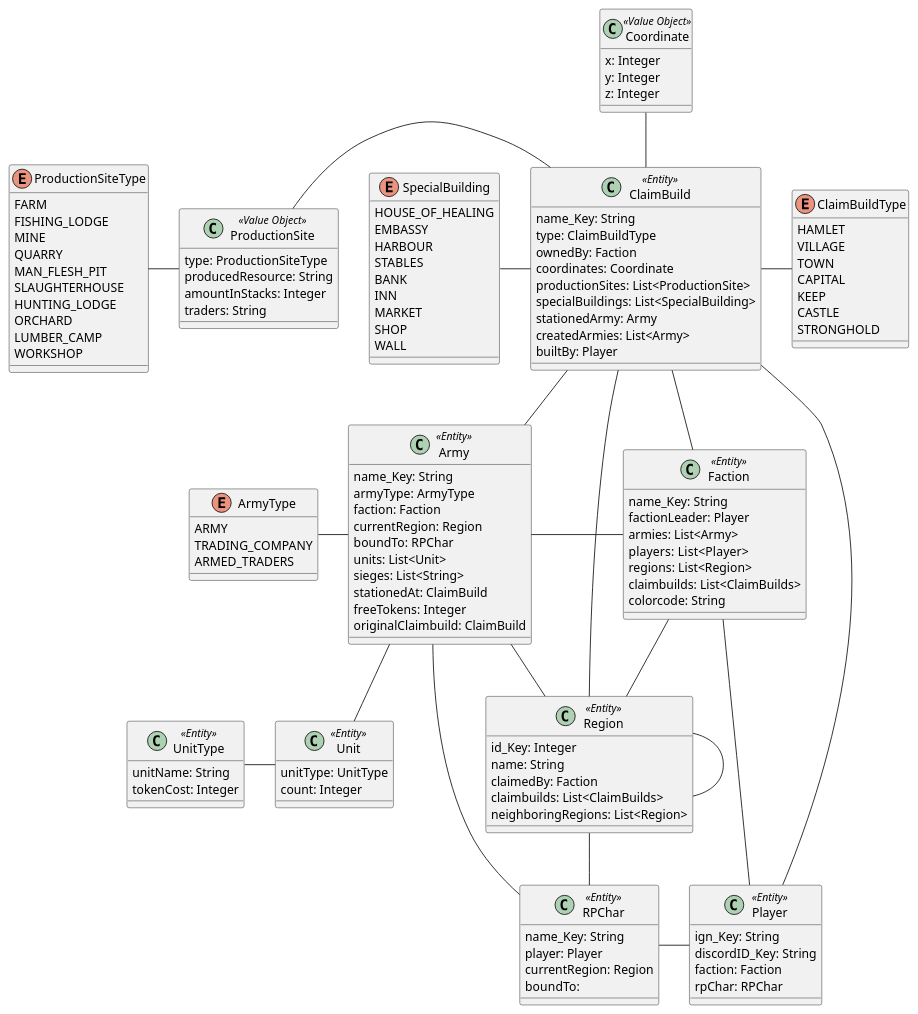
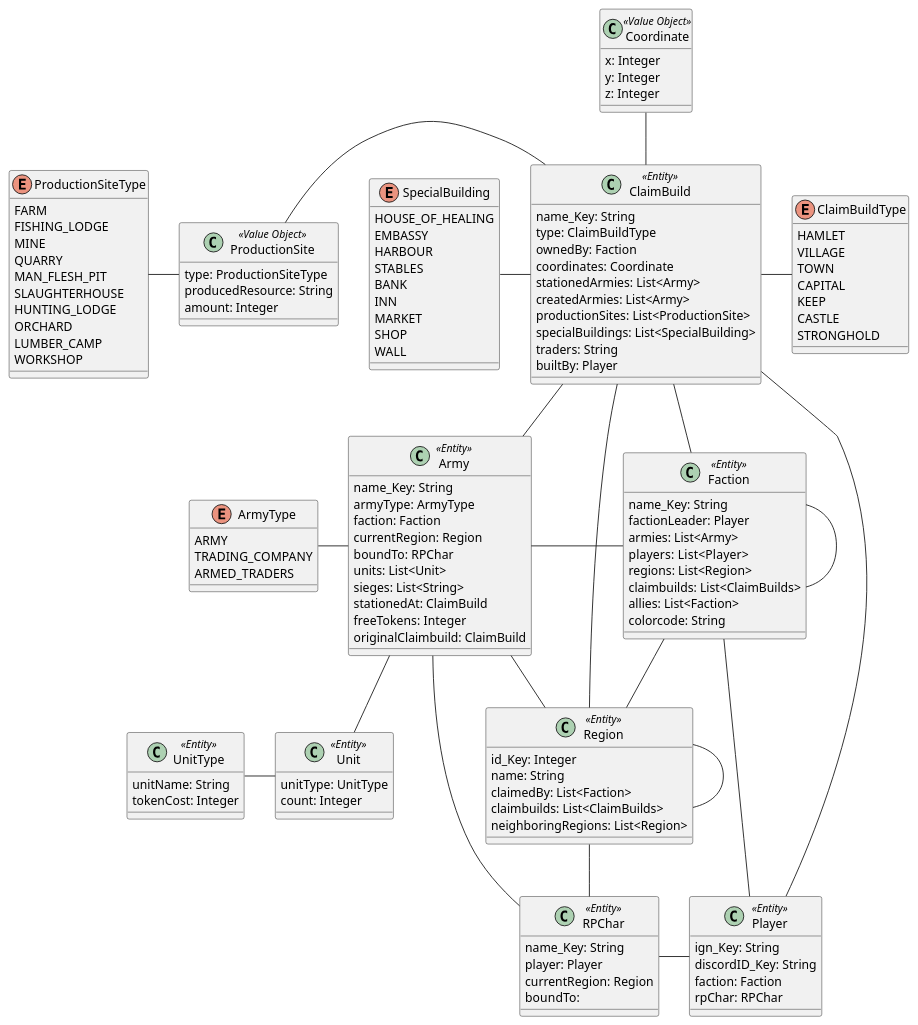
One commit to Team-KekX/Ardas-Legends-App changed the diagram in ALRoleplaySystem/src/main/java/puml/ArdasLegendsDomain.puml. Above: the diagram before and after it, drawn with PlantUML.

Commit message:
Made changes in domain model
	- removed traders attribute in ProductionSite as it was
	  unneccessary
	- Made stationedArmies a list
	- Faction now has an allies attribute
	- Made claimedBy attribute in Regions a list
	- Added datatype for boundTo attribute in RPChar

```diff
--- a/ALRoleplaySystem/src/main/java/puml/ArdasLegendsDomain.puml
+++ b/ALRoleplaySystem/src/main/java/puml/ArdasLegendsDomain.puml
@@ -1,153 +1,155 @@
 @startuml
 class Region <<Entity>> {
     id_Key: Integer
     name: String
-    claimedBy: Faction
+    claimedBy: List<Faction>
     claimbuilds: List<ClaimBuilds>
     neighboringRegions: List<Region>
 }
 
 class ClaimBuild <<Entity>> {
     name_Key: String
     type: ClaimBuildType
     ownedBy: Faction
     coordinates: Coordinate
+    stationedArmies: List<Army>
+    createdArmies: List<Army>
     productionSites: List<ProductionSite>
     specialBuildings: List<SpecialBuilding>
-    stationedArmy: Army
-    createdArmies: List<Army>
+    traders: String
     builtBy: Player
 }
 
 enum ClaimBuildType {
     HAMLET
     VILLAGE
     TOWN
     CAPITAL
     KEEP
     CASTLE
     STRONGHOLD
 }
 
 class Faction <<Entity>> {
     name_Key: String
     factionLeader: Player
     armies: List<Army>
     players:  List<Player>
     regions: List<Region>
     claimbuilds: List<ClaimBuilds>
+    allies: List<Faction>
     colorcode: String
 }
 
 class Player <<Entity>> {
     ign_Key: String
     discordID_Key: String
     faction: Faction
     rpChar: RPChar
 }
 
 class RPChar <<Entity>> {
     name_Key: String
     player: Player
     currentRegion: Region
     boundTo:
 }
 
 class Coordinate <<Value Object>> {
     x: Integer
     y: Integer
     z: Integer
 }
 
 class ProductionSite <<Value Object>> {
     type: ProductionSiteType
     producedResource: String
-    amountInStacks: Integer
-    traders: String
+    amount: Integer
 }
 
 enum ProductionSiteType {
     FARM
     FISHING_LODGE
     MINE
     QUARRY
     MAN_FLESH_PIT
     SLAUGHTERHOUSE
     HUNTING_LODGE
     ORCHARD
     LUMBER_CAMP
     WORKSHOP
 }
 
 enum SpecialBuilding {
     HOUSE_OF_HEALING
     EMBASSY
     HARBOUR
     STABLES
     BANK
     INN
     MARKET
     SHOP
     WALL
 }
 
 class Army <<Entity>> {
     name_Key: String
     armyType: ArmyType
     faction: Faction
     currentRegion: Region
     boundTo: RPChar
     units: List<Unit>
     sieges: List<String>
     stationedAt: ClaimBuild
     freeTokens: Integer
     originalClaimbuild: ClaimBuild
 }
 
 enum ArmyType {
     ARMY
     TRADING_COMPANY
     ARMED_TRADERS
 }
 
 class Unit <<Entity>> {
     unitType: UnitType
     count: Integer
 }
 
 class UnitType <<Entity>> {
     unitName: String
     tokenCost: Integer
 }
 
 Region -  ClaimBuild
 Region - Region
 Region -down- RPChar
 
 Faction -down- Region
 Faction -right Player
 Faction -left Army
 Faction -up- ClaimBuild
+Faction - Faction
 
 ClaimBuild - Player
 ClaimBuild -right- ClaimBuildType
 ClaimBuild -up- Coordinate
 ClaimBuild - Army
 
 ProductionSite - ClaimBuild
 SpecialBuilding - ClaimBuild
 
 ProductionSite -left- ProductionSiteType
 
 
 RPChar - Player
 
 Army -down- Unit
 Army - Region
 Army - RPChar
 
 ArmyType - Army
 
 UnitType - Unit
 
 @enduml
```
